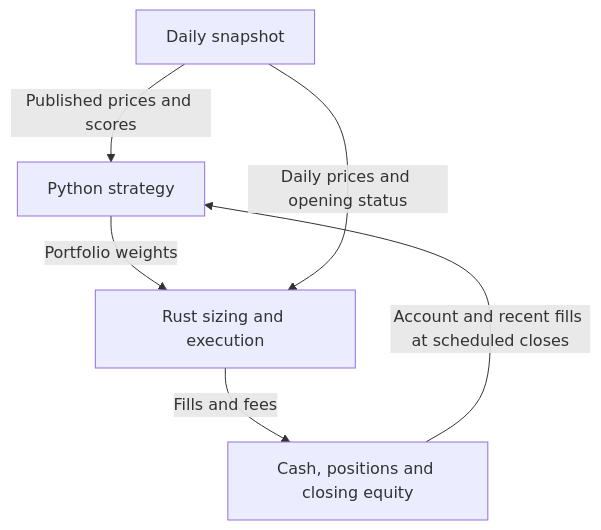
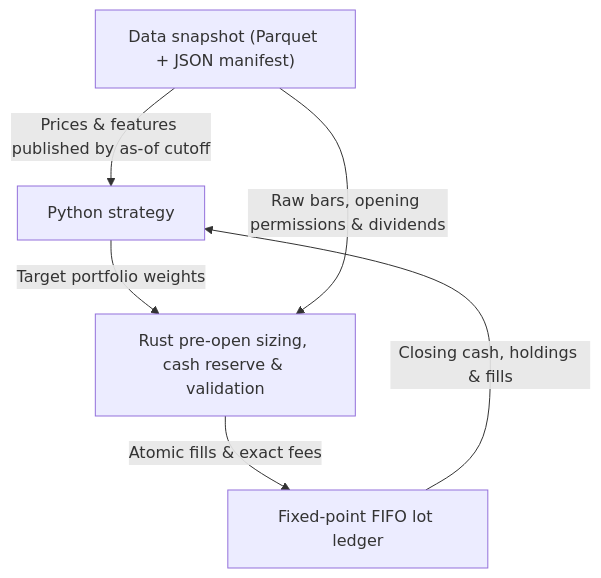
The diagram in README.md (Obscurepawn/TradeMaster), drawn with Mermaid before and after one commit. The commit also changed other lines of this file and 75 other files, not shown here.

````diff
--- a/README.md
+++ b/README.md
@@ -338,8 +308,8 @@
 ```mermaid
 flowchart TD
-    snapshot["Daily snapshot"] -->|Published prices and scores| strategy["Python strategy"]
-    strategy -->|Portfolio weights| engine["Rust sizing and execution"]
-    snapshot -->|Daily prices and opening status| engine
-    engine -->|Fills and fees| ledger["Cash, positions and closing equity"]
-    ledger -->|Account and recent fills at scheduled closes| strategy
+    snapshot["Data snapshot (Parquet + JSON manifest)"] -->|Prices & features published by as-of cutoff| strategy["Python strategy"]
+    strategy -->|Target portfolio weights| engine["Rust pre-open sizing, cash reserve & validation"]
+    snapshot -->|Raw bars, opening permissions & dividends| engine
+    engine -->|Atomic fills & exact fees| ledger["Fixed-point FIFO lot ledger"]
+    ledger -->|Closing cash, holdings & fills| strategy
 ```
````
